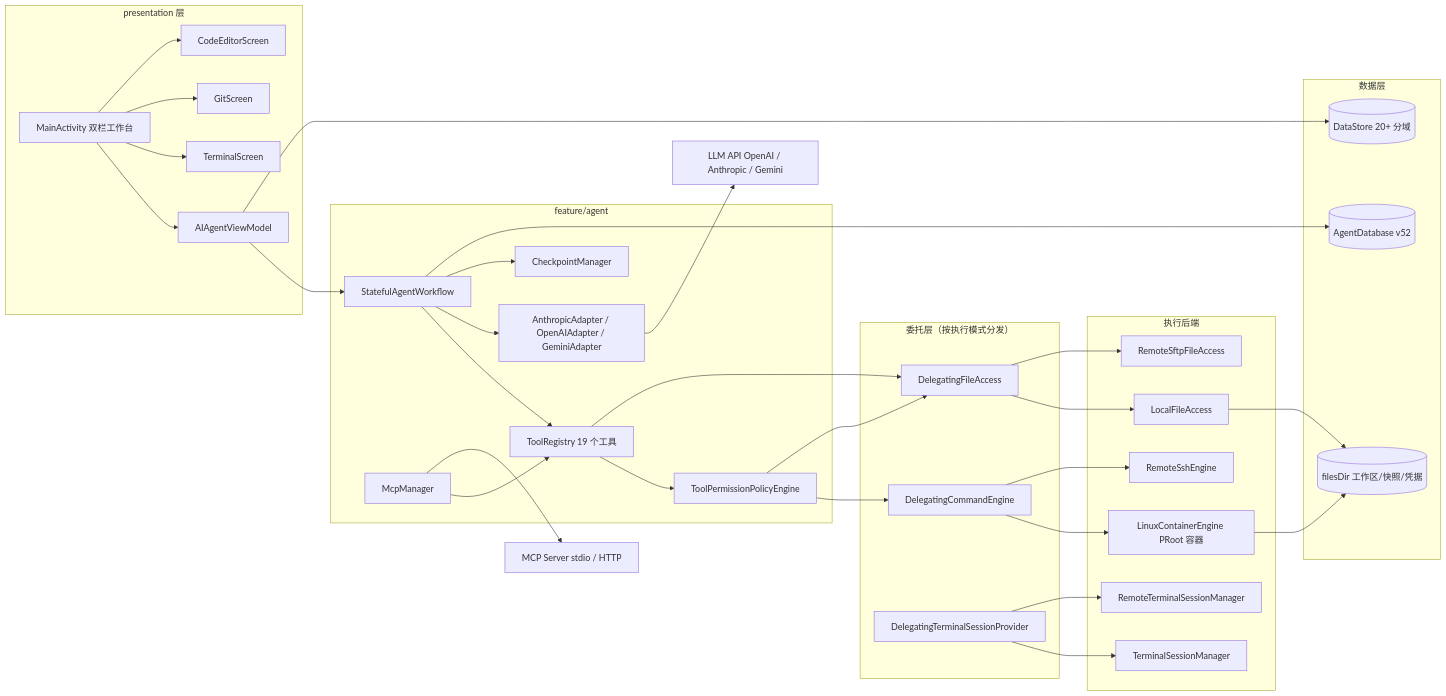
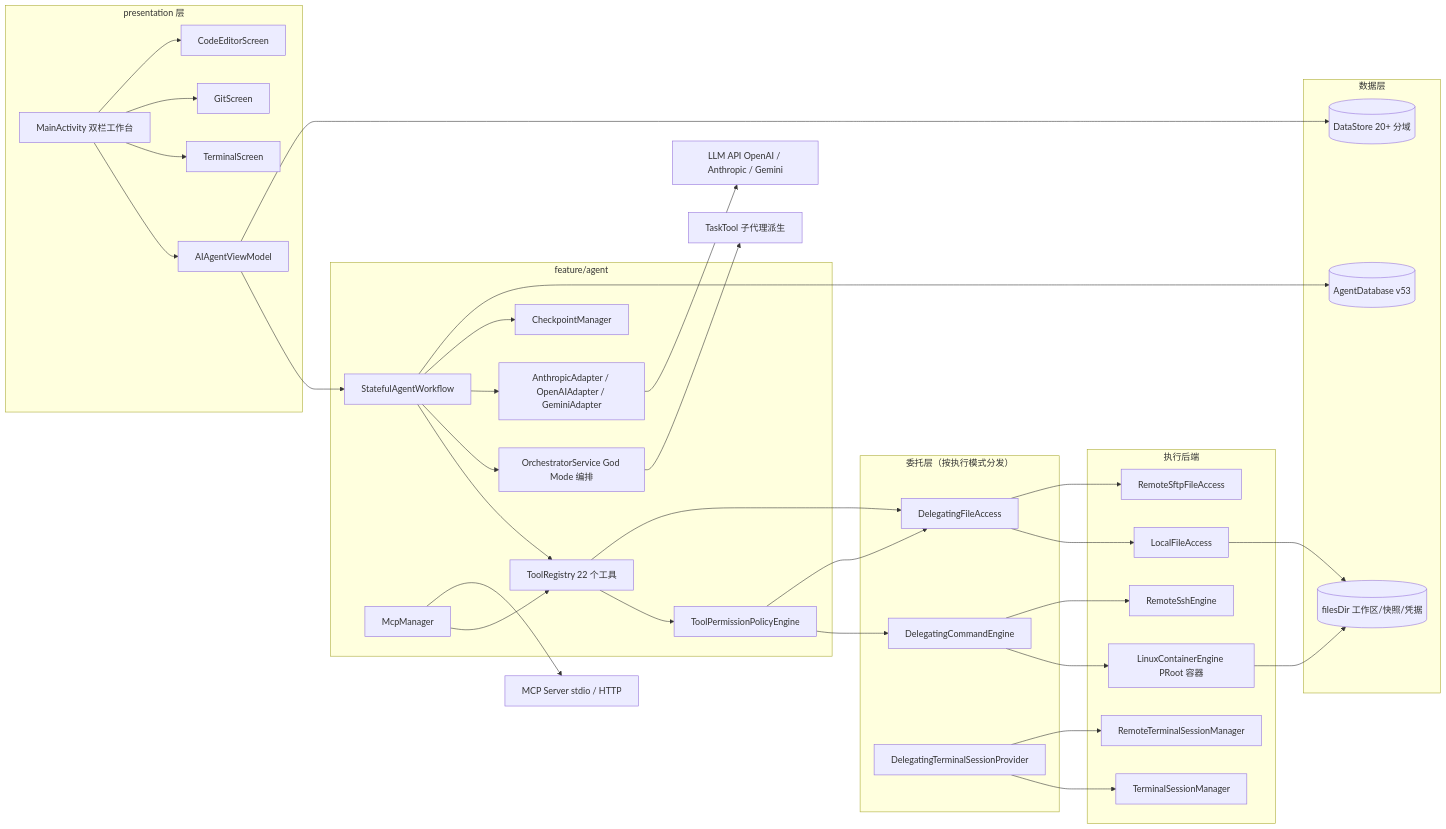
One commit to jiangyuyutan-oss/AiCode changed the first of 3 diagrams in .monkeycode/docs/ARCHITECTURE.md. Above: the diagram before and after it, drawn with Mermaid. The commit also changed other lines of this file and 12 other files, not shown here.

First line of the commit message:
docs(wiki): 同步项目文档至最新代码（God Mode、语义检索、会话分叉/导出、语音、分享、容器预览、Git 合并变基、玻璃移除）

````diff
--- a/.monkeycode/docs/ARCHITECTURE.md
+++ b/.monkeycode/docs/ARCHITECTURE.md
@@ -175,71 +176,74 @@
 ```mermaid
 flowchart LR
     subgraph UI["presentation 层"]
         MainActivity["MainActivity 双栏工作台"]
         AIAgentVM["AIAgentViewModel"]
         TerminalScreen["TerminalScreen"]
         GitScreen["GitScreen"]
         CodeEditor["CodeEditorScreen"]
     end
 
     subgraph AgentCore["feature/agent"]
         Workflow["StatefulAgentWorkflow"]
-        ToolRegistry["ToolRegistry 19 个工具"]
+        ToolRegistry["ToolRegistry 22 个工具"]
         PolicyEngine["ToolPermissionPolicyEngine"]
         Adapters["AnthropicAdapter / OpenAIAdapter / GeminiAdapter"]
         McpManager["McpManager"]
         CheckpointMgr["CheckpointManager"]
+        Orchestrator["OrchestratorService God Mode 编排"]
     end
 
     subgraph Delegation["委托层（按执行模式分发）"]
         DelegatingCmd["DelegatingCommandEngine"]
         DelegatingFile["DelegatingFileAccess"]
         DelegatingTerm["DelegatingTerminalSessionProvider"]
     end
 
     subgraph Backends["执行后端"]
         ContainerEngine["LinuxContainerEngine PRoot 容器"]
         LocalFile["LocalFileAccess"]
         TermSessionMgr["TerminalSessionManager"]
         RemoteSshEngine["RemoteSshEngine"]
         RemoteSftp["RemoteSftpFileAccess"]
         RemoteTerm["RemoteTerminalSessionManager"]
     end
 
     subgraph Data["数据层"]
-        RoomDB[("AgentDatabase v52")]
+        RoomDB[("AgentDatabase v53")]
         DataStore[("DataStore 20+ 分域")]
         Files[("filesDir 工作区/快照/凭据")]
     end
 
     LLM["LLM API OpenAI / Anthropic / Gemini"]
     McpServer["MCP Server stdio / HTTP"]
 
     MainActivity --> AIAgentVM
     MainActivity --> TerminalScreen
     MainActivity --> GitScreen
     MainActivity --> CodeEditor
     AIAgentVM --> Workflow
     Workflow --> ToolRegistry
+    Workflow --> Orchestrator
+    Orchestrator --> TaskTool["TaskTool 子代理派生"]
     ToolRegistry --> PolicyEngine
     PolicyEngine --> DelegatingCmd
     PolicyEngine --> DelegatingFile
     ToolRegistry --> DelegatingFile
     Workflow --> Adapters
     Workflow --> CheckpointMgr
     McpManager --> ToolRegistry
     Workflow --> RoomDB
     AIAgentVM --> DataStore
 
     DelegatingCmd --> ContainerEngine
     DelegatingCmd --> RemoteSshEngine
     DelegatingFile --> LocalFile
     DelegatingFile --> RemoteSftp
     DelegatingTerm --> TermSessionMgr
     DelegatingTerm --> RemoteTerm
 
     ContainerEngine --> Files
     LocalFile --> Files
     Adapters --> LLM
     McpManager --> McpServer
 ```
````
